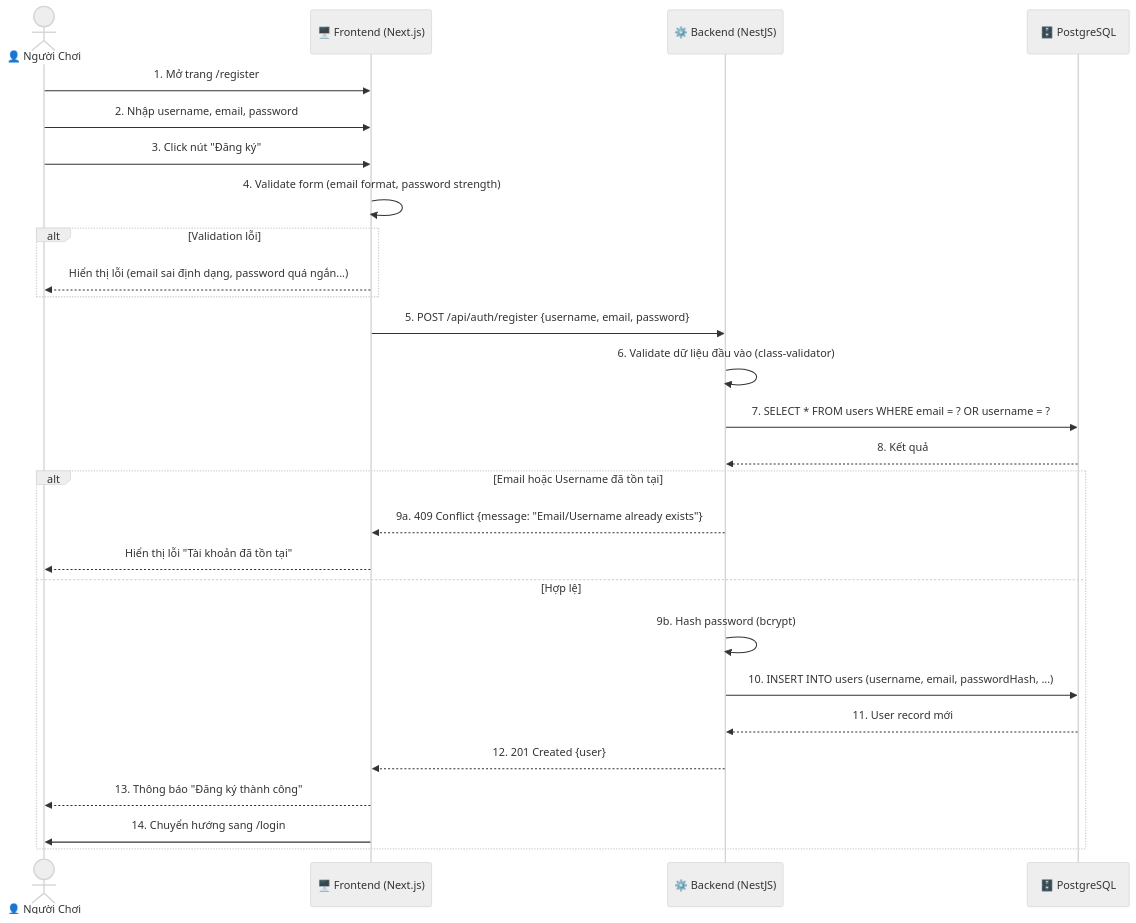
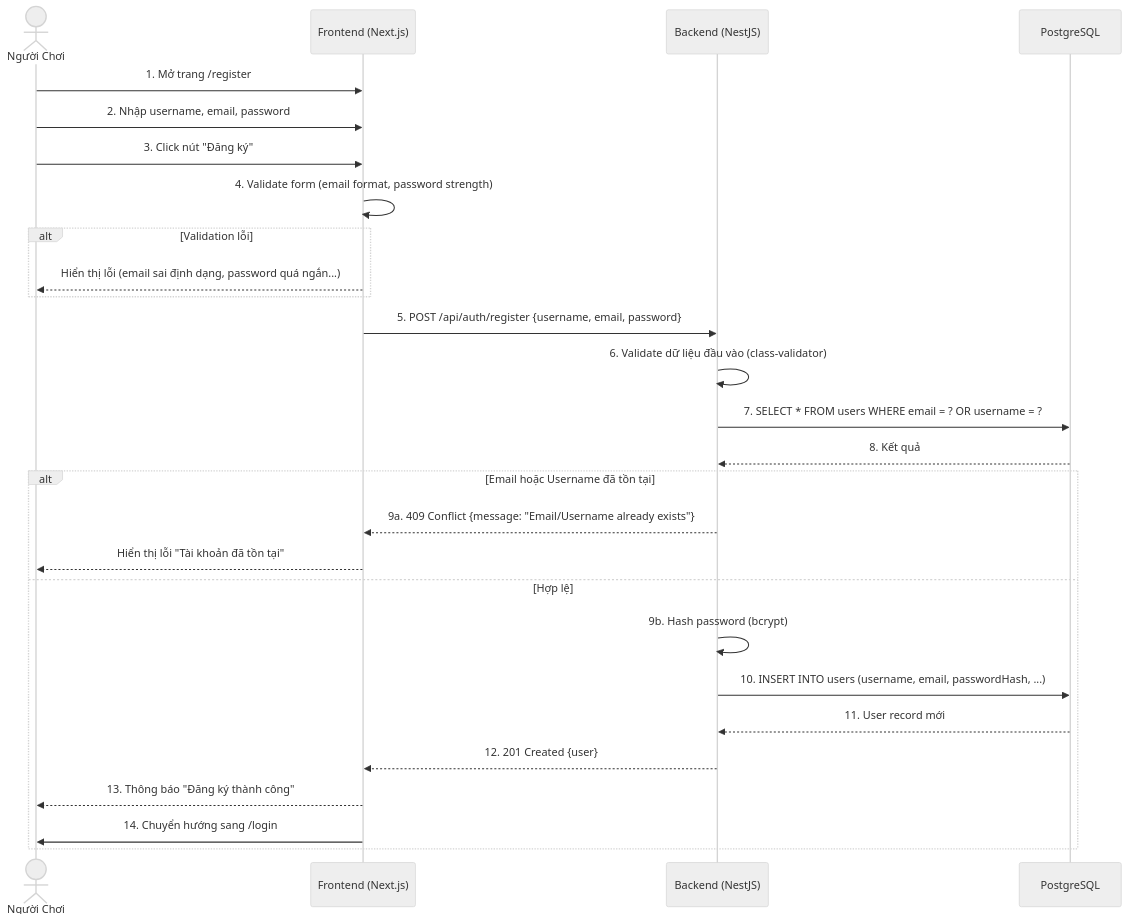
One commit to legiabao0907/web-chess-real-time changed the first of 22 diagrams in docs/sequence-diagrams.md. Above: the diagram before and after it, drawn with Mermaid (neutral theme). The commit also changed other lines of this file, not shown here.

````diff
--- a/docs/sequence-diagrams.md
+++ b/docs/sequence-diagrams.md
@@ -46,33 +46,33 @@
 ```mermaid
 sequenceDiagram
-    actor Player as 👤 Người Chơi
-    participant FE as 🖥️ Frontend (Next.js)
-    participant BE as ⚙️ Backend (NestJS)
-    participant PG as 🗄️ PostgreSQL
+ actor Player as Người Chơi
+ participant FE as Frontend (Next.js)
+ participant BE as Backend (NestJS)
+ participant PG as PostgreSQL
 
-    Player->>FE: 1. Mở trang /register
-    Player->>FE: 2. Nhập username, email, password
-    Player->>FE: 3. Click nút "Đăng ký"
+ Player->>FE: 1. Mở trang /register
+ Player->>FE: 2. Nhập username, email, password
+ Player->>FE: 3. Click nút "Đăng ký"
 
-    FE->>FE: 4. Validate form (email format, password strength)
-    alt Validation lỗi
-        FE-->>Player: Hiển thị lỗi (email sai định dạng, password quá ngắn...)
-    end
+ FE->>FE: 4. Validate form (email format, password strength)
+ alt Validation lỗi
+ FE-->>Player: Hiển thị lỗi (email sai định dạng, password quá ngắn...)
+ end
 
-    FE->>BE: 5. POST /api/auth/register {username, email, password}
-    BE->>BE: 6. Validate dữ liệu đầu vào (class-validator)
-    BE->>PG: 7. SELECT * FROM users WHERE email = ? OR username = ?
-    PG-->>BE: 8. Kết quả
+ FE->>BE: 5. POST /api/auth/register {username, email, password}
+ BE->>BE: 6. Validate dữ liệu đầu vào (class-validator)
+ BE->>PG: 7. SELECT * FROM users WHERE email = ? OR username = ?
+ PG-->>BE: 8. Kết quả
 
-    alt Email hoặc Username đã tồn tại
-        BE-->>FE: 9a. 409 Conflict {message: "Email/Username already exists"}
-        FE-->>Player: Hiển thị lỗi "Tài khoản đã tồn tại"
-    else Hợp lệ
-        BE->>BE: 9b. Hash password (bcrypt)
-        BE->>PG: 10. INSERT INTO users (username, email, passwordHash, ...)
-        PG-->>BE: 11. User record mới
-        BE-->>FE: 12. 201 Created {user}
-        FE-->>Player: 13. Thông báo "Đăng ký thành công"
-        FE->>Player: 14. Chuyển hướng sang /login
-    end
+ alt Email hoặc Username đã tồn tại
+ BE-->>FE: 9a. 409 Conflict {message: "Email/Username already exists"}
+ FE-->>Player: Hiển thị lỗi "Tài khoản đã tồn tại"
+ else Hợp lệ
+ BE->>BE: 9b. Hash password (bcrypt)
+ BE->>PG: 10. INSERT INTO users (username, email, passwordHash, ...)
+ PG-->>BE: 11. User record mới
+ BE-->>FE: 12. 201 Created {user}
+ FE-->>Player: 13. Thông báo "Đăng ký thành công"
+ FE->>Player: 14. Chuyển hướng sang /login
+ end
 ```
````
